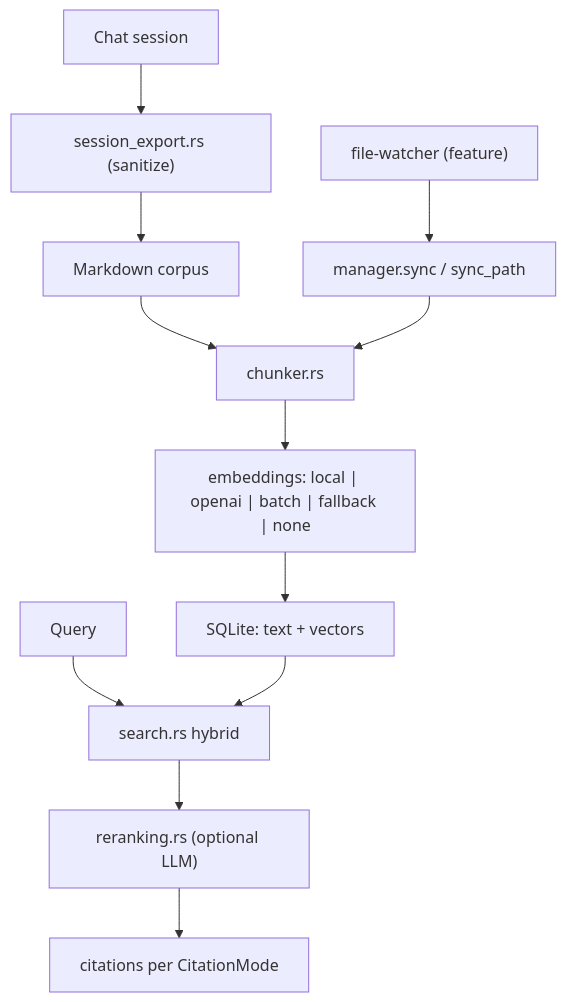
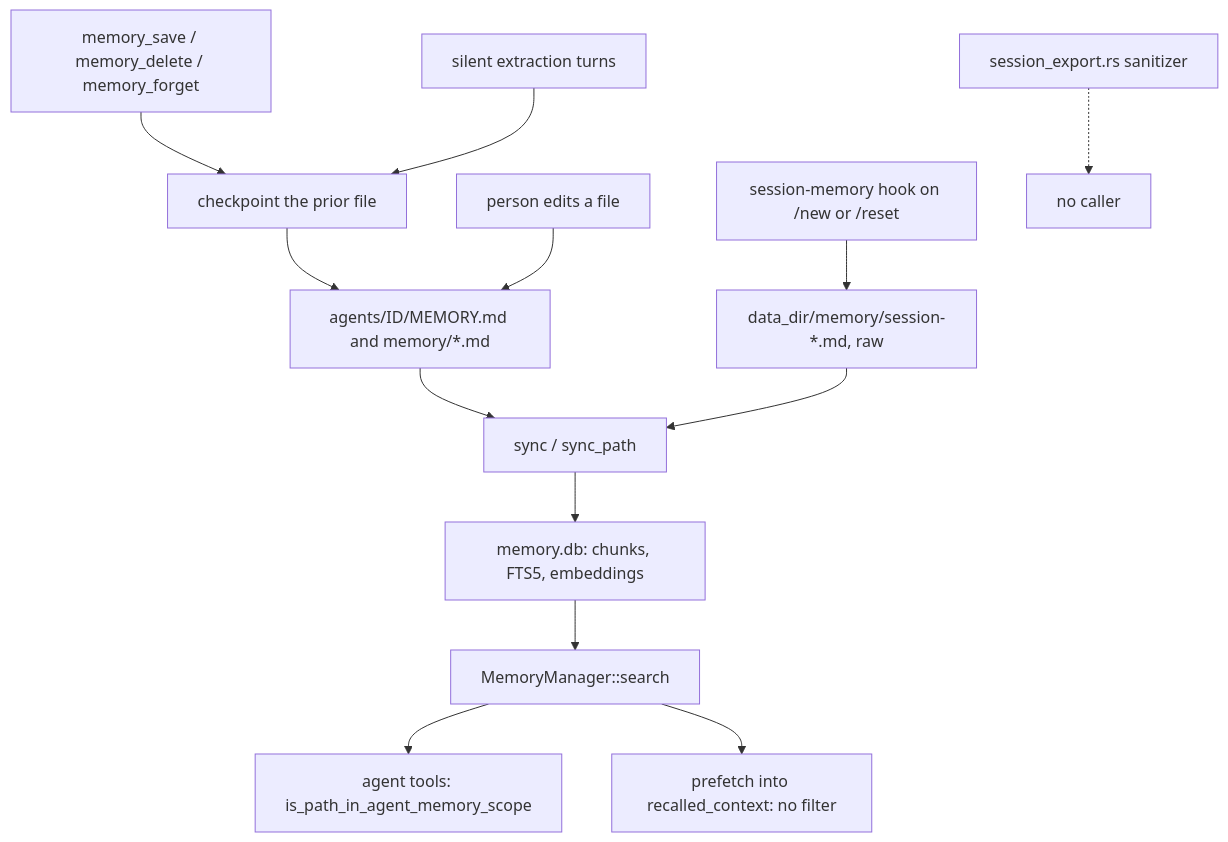
The diagram in content/systems/moltis.md (neoneye/agent-memory-atlas), drawn with Mermaid before and after one commit. The commit also changed other lines of this file and 17 other files, not shown here.

First line of the commit message:
Audit Moltis at 1f6d28e: the per-turn prefetch skips the agent scope filter

````diff
--- a/content/systems/moltis.md
+++ b/content/systems/moltis.md
@@ -83,15 +74,16 @@
 ```mermaid
-%% caption: a chat session is sanitised into the same markdown corpus everything else is chunked from, so there is one store rather than a session store beside a note store
+%% caption: four writers land in one index; the agent scope predicate sits on the memory tools and not on the prefetch that fills the prompt every turn, and the sanitizer has no caller
 flowchart TD
-  Notes["Markdown corpus"] --> Chunk["chunker.rs"]
-  Sess["Chat session"] --> San["session_export.rs (sanitize)"]
-  San --> Notes
-  Watch["file-watcher (feature)"] --> Sync["manager.sync / sync_path"]
-  Sync --> Chunk
-  Chunk --> Emb["embeddings: local | openai | batch | fallback | none"]
-  Emb --> DB["SQLite: text + vectors"]
-  Q["Query"] --> Search["search.rs hybrid"]
-  DB --> Search
-  Search --> Rerank["reranking.rs (optional LLM)"]
-  Rerank --> Cite["citations per CitationMode"]
+  Tools["memory_save / memory_delete / memory_forget"] --> CP["checkpoint the prior file"]
+  Silent["silent extraction turns"] --> CP
+  CP --> WS["agents/ID/MEMORY.md and memory/*.md"]
+  Hook["session-memory hook on /new or /reset"] --> Root["data_dir/memory/session-*.md, raw"]
+  Human["person edits a file"] --> WS
+  Exporter["session_export.rs sanitizer"] -.-> NoCaller["no caller"]
+  WS --> Sync["sync / sync_path"]
+  Root --> Sync
+  Sync --> Index["memory.db: chunks, FTS5, embeddings"]
+  Index --> Search["MemoryManager::search"]
+  Search --> Scoped["agent tools: is_path_in_agent_memory_scope"]
+  Search --> Prefetch["prefetch into recalled_context: no filter"]
 ```
````
